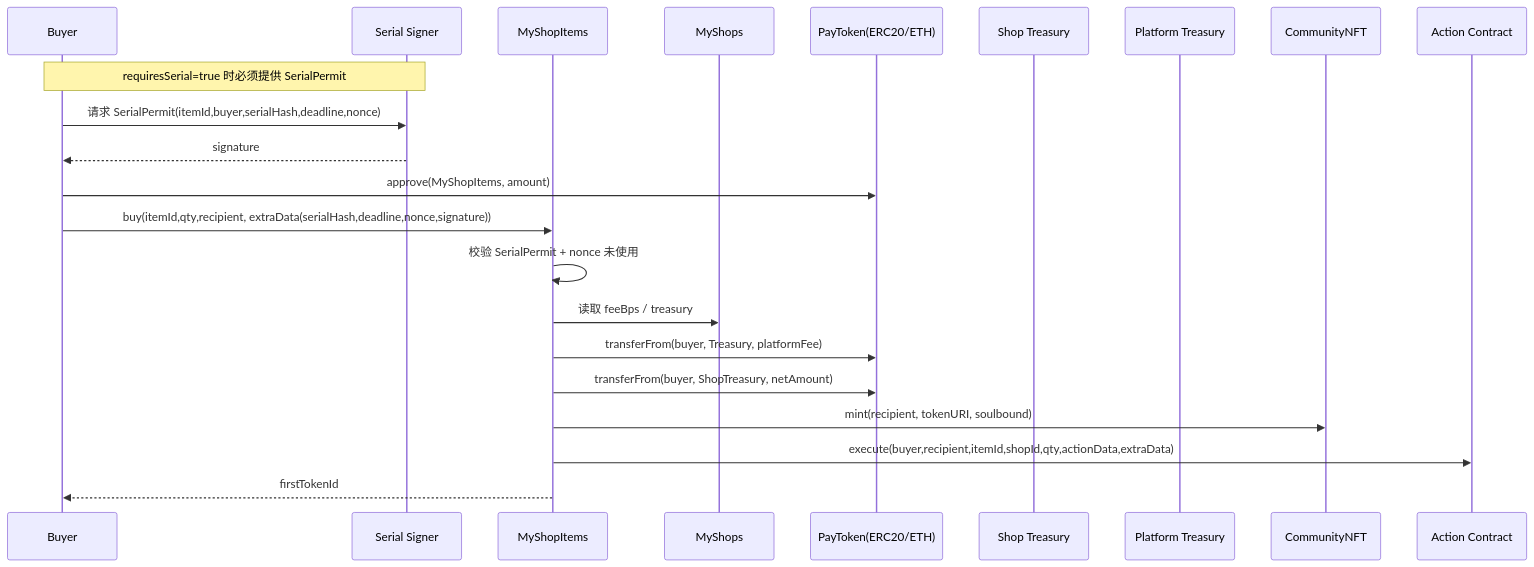
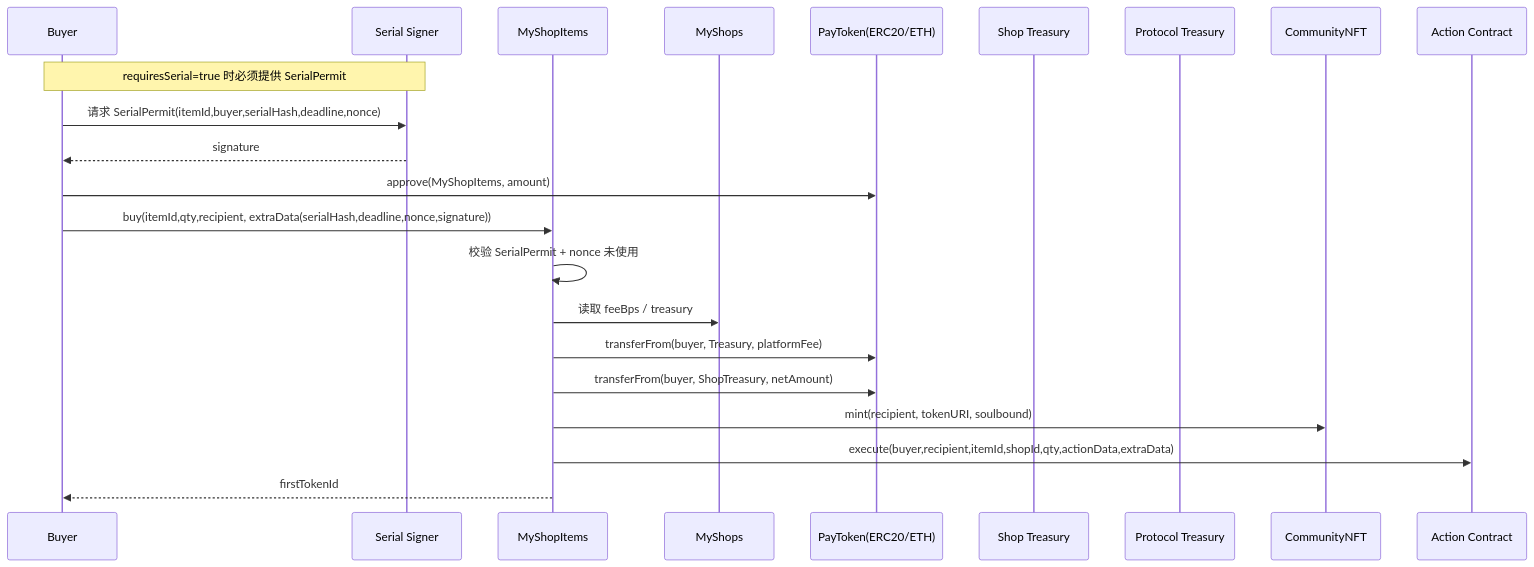
Before and after one commit to jhfnetboy/MyShop: the fourth of 4 diagrams in README.md, drawn with Mermaid. The commit also changed other lines of this file and 4 other files, not shown here.

Commit message:
docs: rename platform to protocol

````diff
--- a/README.md
+++ b/README.md
@@ -90,25 +90,25 @@
 ```mermaid
 sequenceDiagram
   participant Buyer as Buyer
   participant Serial as Serial Signer
   participant Items as MyShopItems
   participant Shops as MyShops
   participant Pay as PayToken(ERC20/ETH)
   participant ShopTreasury as Shop Treasury
-  participant Treasury as Platform Treasury
+  participant Treasury as Protocol Treasury
   participant NFT as CommunityNFT
   participant Action as Action Contract
 
   Note over Buyer,Serial: requiresSerial=true 时必须提供 SerialPermit
   Buyer->>Serial: 请求 SerialPermit(itemId,buyer,serialHash,deadline,nonce)
   Serial-->>Buyer: signature
   Buyer->>Pay: approve(MyShopItems, amount)
   Buyer->>Items: buy(itemId,qty,recipient, extraData(serialHash,deadline,nonce,signature))
   Items->>Items: 校验 SerialPermit + nonce 未使用
   Items->>Shops: 读取 feeBps / treasury
   Items->>Pay: transferFrom(buyer, Treasury, platformFee)
   Items->>Pay: transferFrom(buyer, ShopTreasury, netAmount)
   Items->>NFT: mint(recipient, tokenURI, soulbound)
   Items->>Action: execute(buyer,recipient,itemId,shopId,qty,actionData,extraData)
   Items-->>Buyer: firstTokenId
 ```
````
